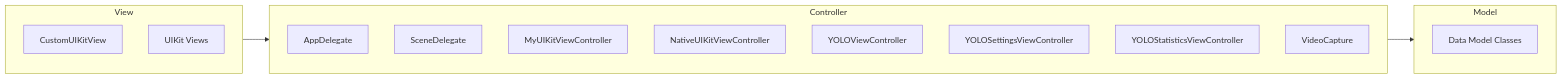
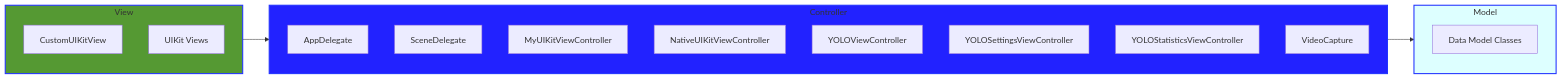
One commit to CongLeSolutionX/iOS-development-vault changed the ninth of 10 diagrams in Reversing_Engineer_through_Interfaces/Swift-generated_header_file_in_depth_in_Mermaid.md. Above: the diagram before and after it, drawn with Mermaid. The commit also changed other lines of this file, not shown here.

Commit message:
update color code

````diff
--- a/Reversing_Engineer_through_Interfaces/Swift-generated_header_file_in_depth_in_Mermaid.md
+++ b/Reversing_Engineer_through_Interfaces/Swift-generated_header_file_in_depth_in_Mermaid.md
@@ -460,25 +460,29 @@
 ```mermaid
 flowchart LR
     subgraph Model
+        style Model fill:#5FF3,stroke:#23F,stroke-width:2px
         DataModel[Data Model Classes]
     end
 
     subgraph View
+        style View fill:#593,stroke:#23F,stroke-width:2px
         CustomUIKitView
         UIViews[UIKit Views]
     end
 
     subgraph Controller
+        style Controller fill:#22F,stroke:#23F,stroke-width:2px
         AppDelegate
         SceneDelegate
         MyUIKitViewController
         NativeUIKitViewController
         YOLOViewController
         YOLOSettingsViewController
         YOLOStatisticsViewController
         VideoCapture
     end
 
     Controller --> Model
     View --> Controller
+
 ```
````
